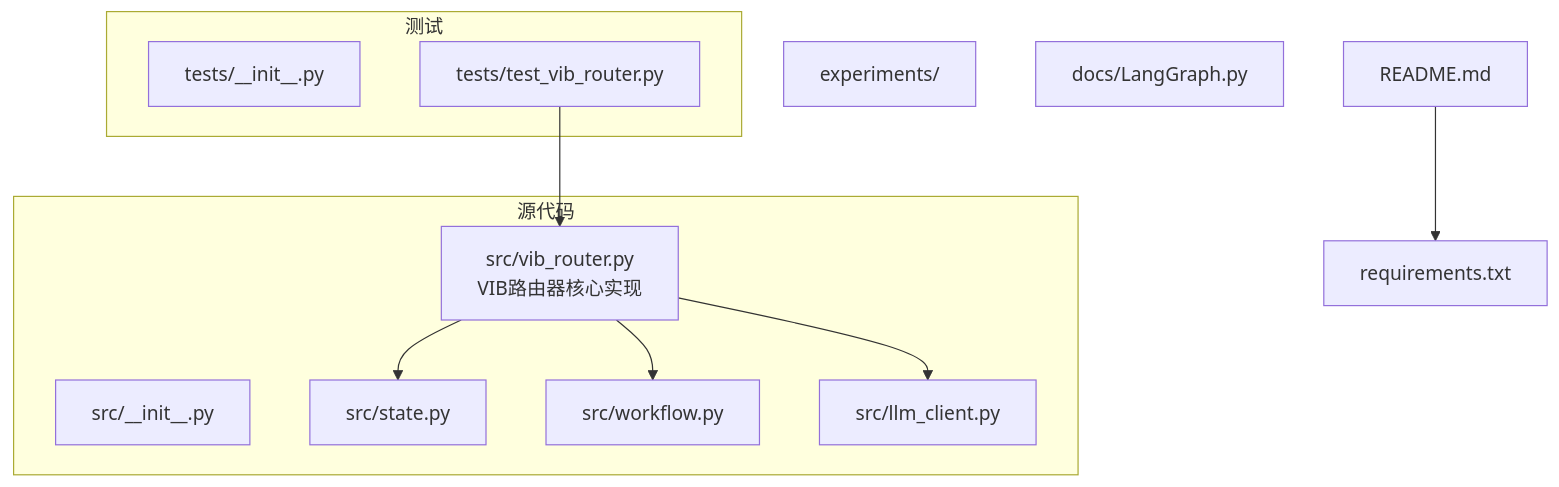
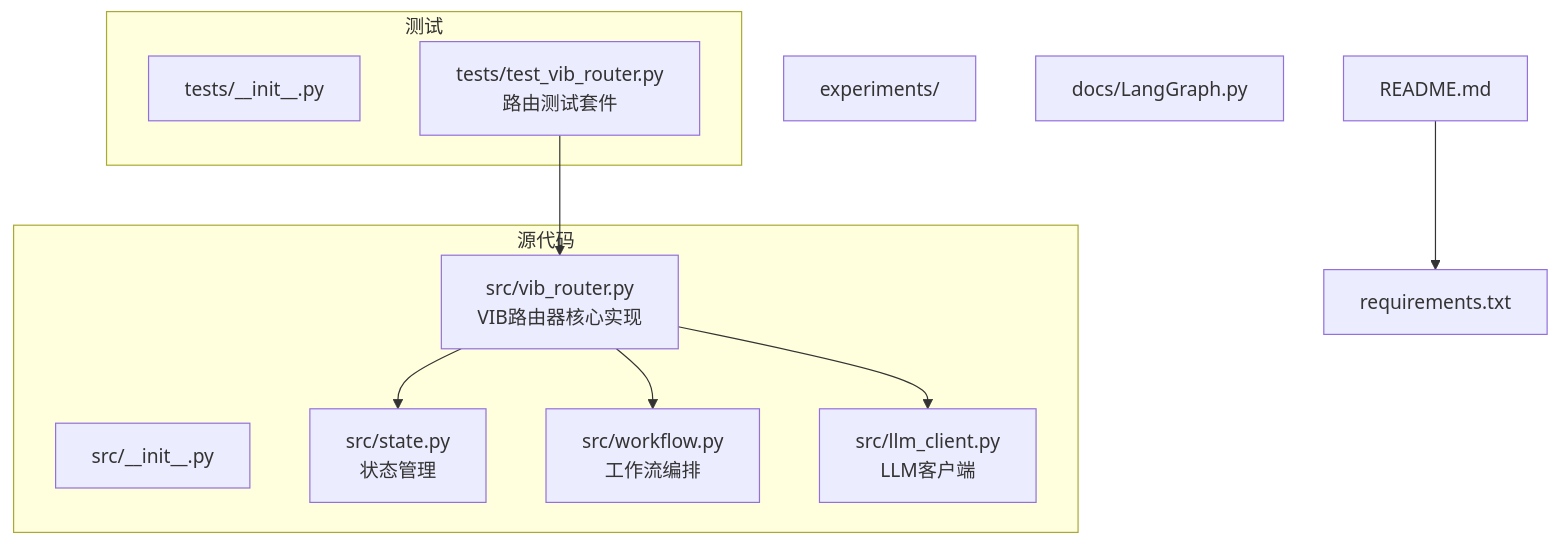
One commit to QuStarry/VIB-SparseCommunication changed the first of 4 diagrams in .qoder/repowiki/zh/content/核心架构/VIB路由器.md. Above: the diagram before and after it, drawn with Mermaid. The commit also changed other lines of this file and 32 other files, not shown here.

First line of the commit message:
feat(vib-router): 增强VIB路由器参数配置与冗余归一化策略

````diff
--- a/.qoder/repowiki/zh/content/核心架构/VIB路由器.md
+++ b/.qoder/repowiki/zh/content/核心架构/VIB路由器.md
@@ -40,21 +42,21 @@
 ```mermaid
 graph TB
 A["README.md"] --> B["requirements.txt"]
 subgraph "源代码"
 C["src/__init__.py"]
-D["src/state.py"]
+D["src/state.py<br/>状态管理"]
 E["src/vib_router.py<br/>VIB路由器核心实现"]
-F["src/workflow.py"]
-G["src/llm_client.py"]
+F["src/workflow.py<br/>工作流编排"]
+G["src/llm_client.py<br/>LLM客户端"]
 end
 subgraph "测试"
 H["tests/__init__.py"]
-I["tests/test_vib_router.py"]
+I["tests/test_vib_router.py<br/>路由测试套件"]
 end
 J["experiments/"]
 K["docs/LangGraph.py"]
 E --> D
 E --> F
 E --> G
 I --> E
 ```
````
